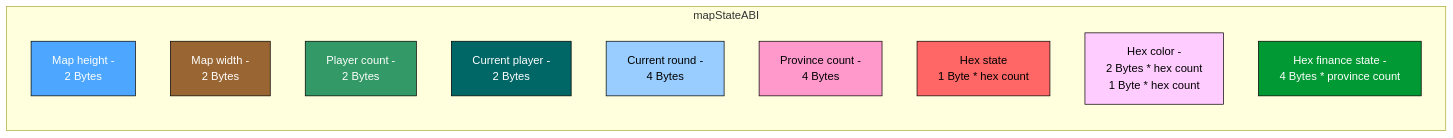
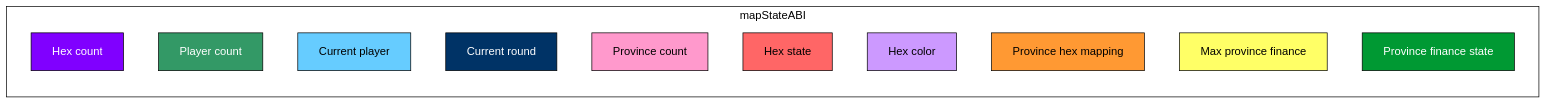
Before and after one commit to Kseroten1/Multiyoy: the first of 2 diagrams in readme.md, drawn with Mermaid. The commit also changed other lines of this file, not shown here.

First line of the commit message:
Finished MapStateABI and generateMap readme structure (#1)

````diff
--- a/readme.md
+++ b/readme.md
@@ -4,24 +5,27 @@
 ```mermaid
 flowchart LR
     subgraph mapStateABI
-        A[Map height - <br> 2 Bytes]:::blue
-        B[Map width - <br> 2 Bytes]:::brown
-        C[Player count - <br> 2 Bytes]:::green
-        D[Current player - <br> 2 Bytes]:::teal
-        E[Current round - <br> 4 Bytes]:::lightblue
-        F[Province count - <br> 4 Bytes]:::pink
-        G[Hex state <br> 1 Byte * hex count]:::red
-        H[Hex color - <br> 2 Bytes * hex count <br> 1 Byte * hex count]:::violet
-        I[Hex finance state - <br> 4 Bytes * province count]:::darkgreen
+        A[Hex count]:::purple
+        B[Player count]:::green
+        C[Current player]:::lightblue
+        D[Current round]:::navy
+        E[Province count]:::pink
+        F[Hex state]:::red
+        G[Hex color]:::violet
+        H[Province hex mapping]:::orange
+        I[Max province finance]:::yellow
+        J[Province finance state]:::darkgreen
     end
 
-    classDef blue fill:#4da6ff,stroke:#000,color:#fff;
-    classDef brown fill:#996633,stroke:#000,color:#fff;
+    classDef purple fill:#8000ff,stroke:#000,color:#fff;
     classDef green fill:#339966,stroke:#000,color:#fff;
-    classDef teal fill:#006666,stroke:#000,color:#fff;
-    classDef lightblue fill:#99ccff,stroke:#000,color:#000;
+    classDef lightblue fill:#66ccff,stroke:#000,color:#000;
+    classDef navy fill:#003366,stroke:#000,color:#fff;
     classDef pink fill:#ff99cc,stroke:#000,color:#000;
     classDef red fill:#ff6666,stroke:#000,color:#000;
-    classDef violet fill:#ffccff,stroke:#000,color:#000;
+    classDef violet fill:#cc99ff,stroke:#000,color:#000;
+    classDef orange fill:#ff9933,stroke:#000,color:#000;
+    classDef yellow fill:#ffff66,stroke:#000,color:#000;
     classDef darkgreen fill:#009933,stroke:#000,color:#fff;
+    style mapStateABI fill:none,stroke:#000,stroke-width:1px,color:#000;
 ```
````
